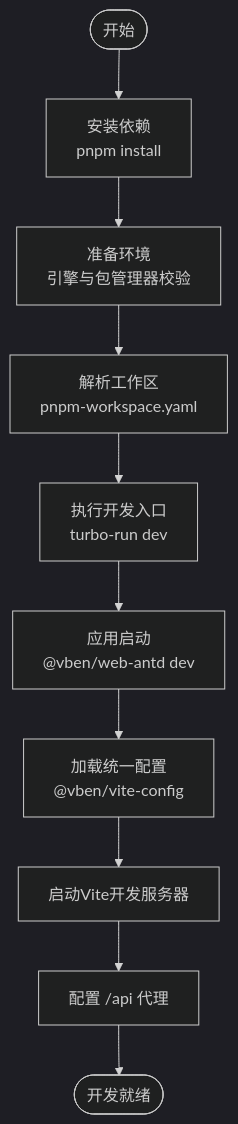
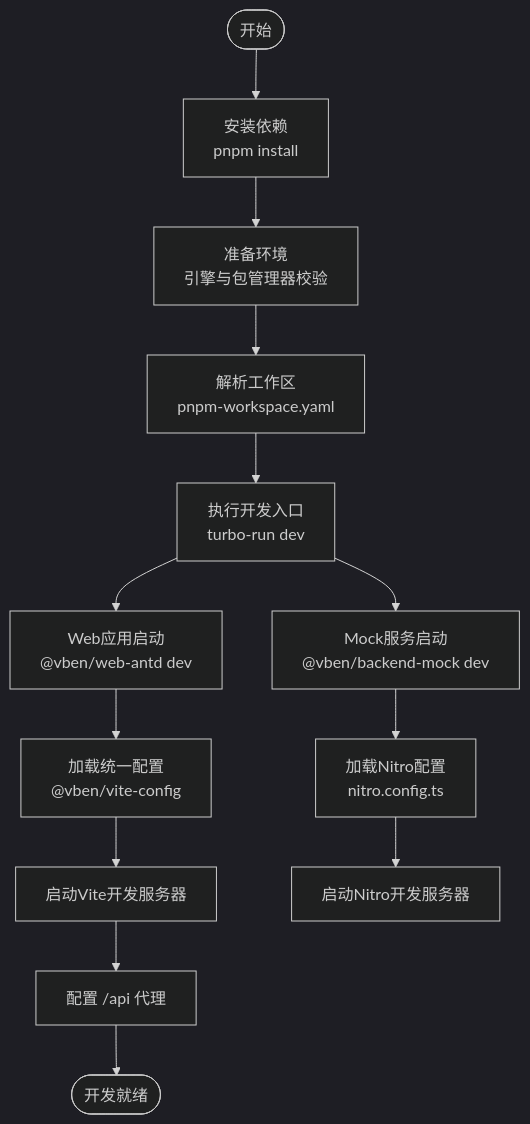
One commit to liuyinzhong/hive changed the third of 7 diagrams in .qoder/repowiki/zh/content/应用开发/开发工作流.md. Above: the diagram before and after it, drawn with Mermaid (dark theme). The commit also changed other lines of this file and 6 other files, not shown here.

````diff
--- a/.qoder/repowiki/zh/content/应用开发/开发工作流.md
+++ b/.qoder/repowiki/zh/content/应用开发/开发工作流.md
@@ -123,12 +140,15 @@
 ```mermaid
 flowchart TD
 Start(["开始"]) --> Install["安装依赖<br/>pnpm install"]
 Install --> Prepare["准备环境<br/>引擎与包管理器校验"]
 Prepare --> Workspace["解析工作区<br/>pnpm-workspace.yaml"]
 Workspace --> TurboRun["执行开发入口<br/>turbo-run dev"]
-TurboRun --> AppDev["应用启动<br/>@vben/web-antd dev"]
-AppDev --> LoadCfg["加载统一配置<br/>@vben/vite-config"]
+TurboRun --> WebDev["Web应用启动<br/>@vben/web-antd dev"]
+TurboRun --> MockDev["Mock服务启动<br/>@vben/backend-mock dev"]
+WebDev --> LoadCfg["加载统一配置<br/>@vben/vite-config"]
+MockDev --> NitroCfg["加载Nitro配置<br/>nitro.config.ts"]
 LoadCfg --> DevServer["启动Vite开发服务器"]
+NitroCfg --> MockServer["启动Nitro开发服务器"]
 DevServer --> Proxy["配置 /api 代理"]
 Proxy --> Ready(["开发就绪"])
 ```
````
